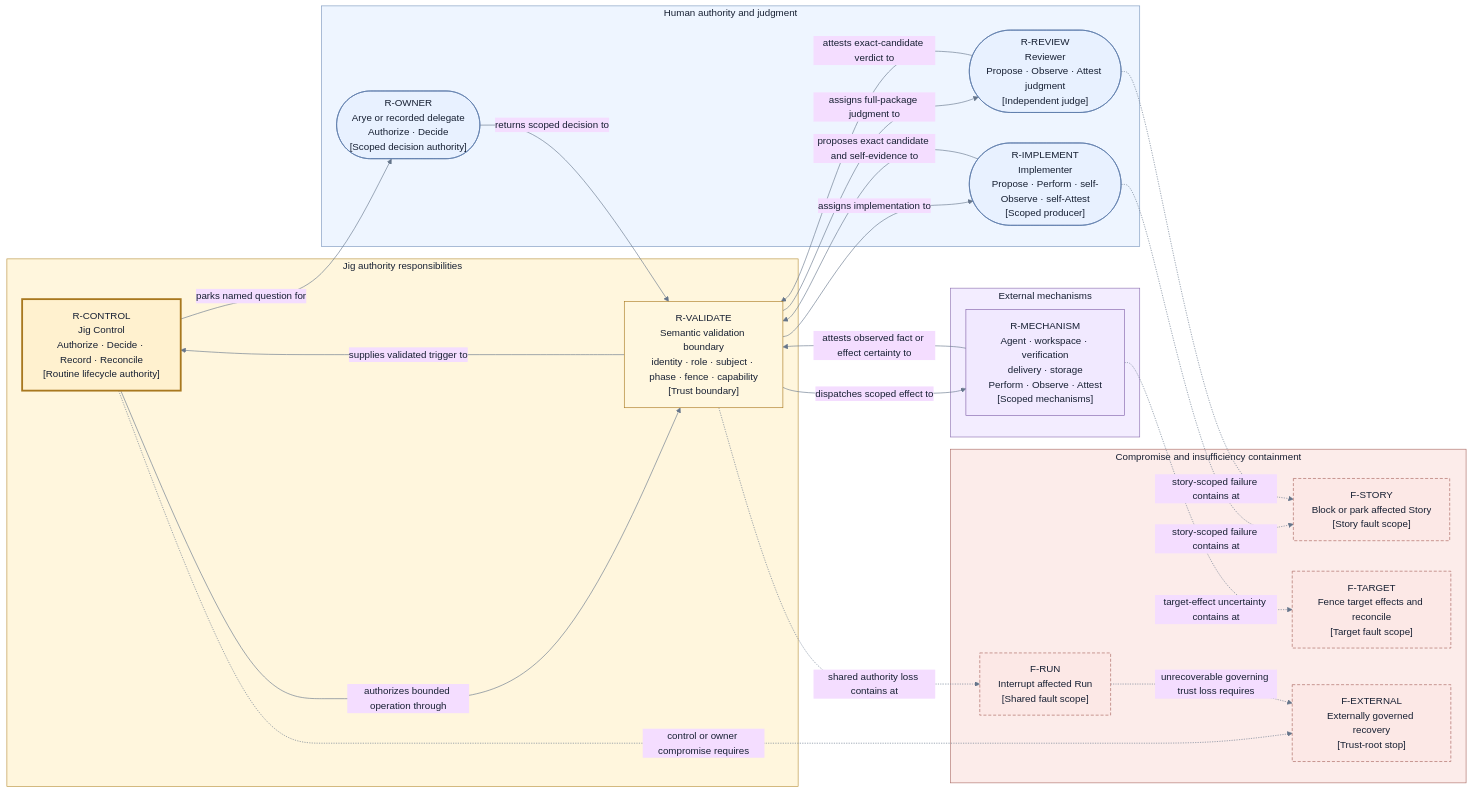
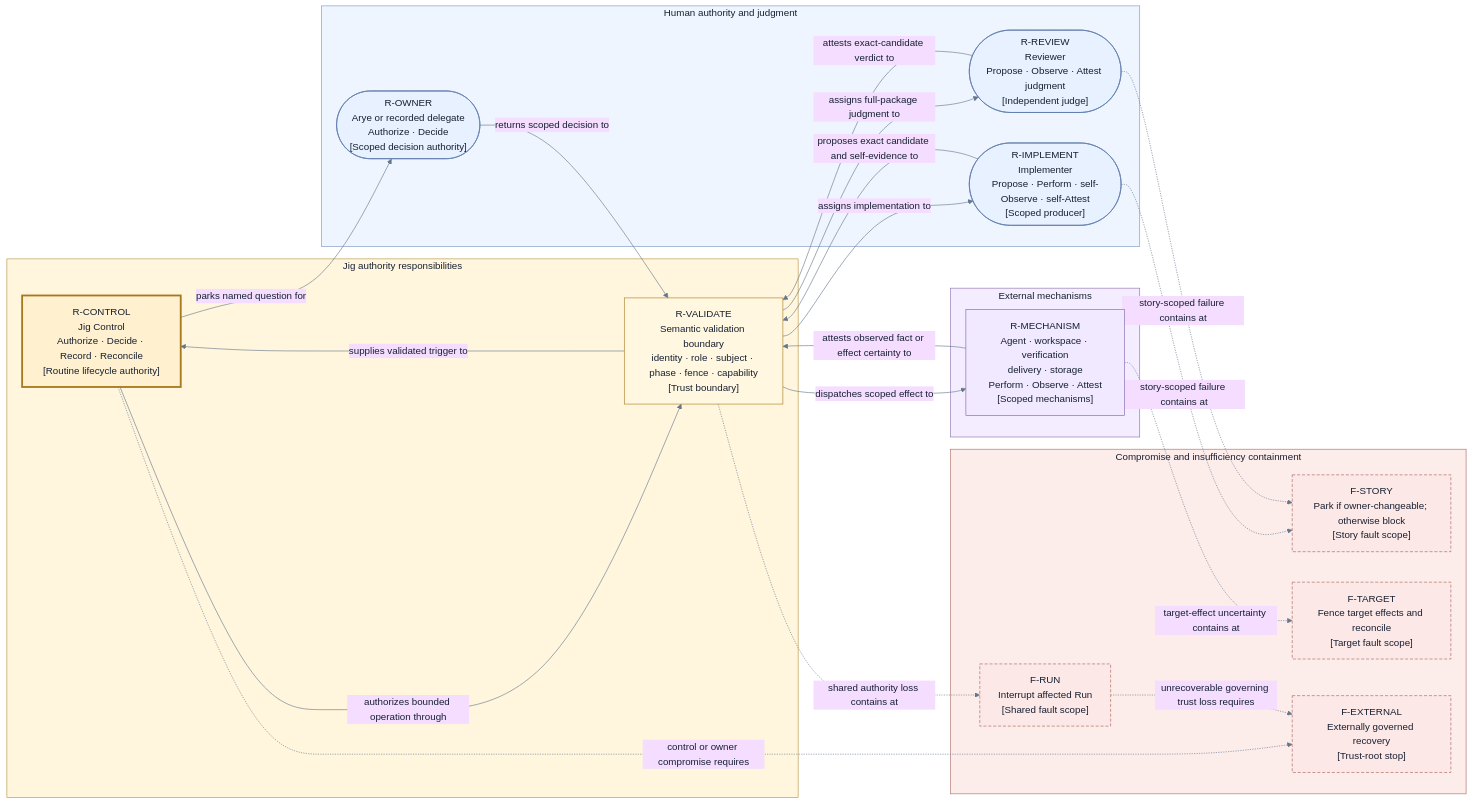
Before and after one commit to agentic-workflow-kit/jig: the diagram in docs/redesign/design/perspectives/authority-and-trust.md, drawn with Mermaid. The commit also changed other lines of this file and 33 other files, not shown here.

````diff
--- a/docs/redesign/design/perspectives/authority-and-trust.md
+++ b/docs/redesign/design/perspectives/authority-and-trust.md
@@ -111,58 +113,58 @@
 ```mermaid
 %%{init: {"theme": "base", "themeVariables": {"fontFamily": "Inter, ui-sans-serif, system-ui", "primaryTextColor": "#172033", "lineColor": "#65758b"}}}%%
 flowchart LR
     subgraph Authority["Jig authority responsibilities"]
         Control["R-CONTROL<br/>Jig Control<br/>Authorize · Decide · Record · Reconcile<br/>[Routine lifecycle authority]"]
         Validate["R-VALIDATE<br/>Semantic validation boundary<br/>identity · role · subject · phase · fence · capability<br/>[Trust boundary]"]
     end
 
     subgraph Human["Human authority and judgment"]
         Owner(["R-OWNER<br/>Arye or recorded delegate<br/>Authorize · Decide<br/>[Scoped decision authority]"])
         Implement(["R-IMPLEMENT<br/>Implementer<br/>Propose · Perform · self-Observe · self-Attest<br/>[Scoped producer]"])
         Review(["R-REVIEW<br/>Reviewer<br/>Propose · Observe · Attest judgment<br/>[Independent judge]"])
     end
 
     subgraph Mechanisms["External mechanisms"]
         Mechanism["R-MECHANISM<br/>Agent · workspace · verification<br/>delivery · storage<br/>Perform · Observe · Attest<br/>[Scoped mechanisms]"]
     end
 
     subgraph Containment["Compromise and insufficiency containment"]
-        Story["F-STORY<br/>Block or park affected Story<br/>[Story fault scope]"]
+        Story["F-STORY<br/>Park if owner-changeable; otherwise block<br/>[Story fault scope]"]
         Target["F-TARGET<br/>Fence target effects and reconcile<br/>[Target fault scope]"]
         Run["F-RUN<br/>Interrupt affected Run<br/>[Shared fault scope]"]
         External["F-EXTERNAL<br/>Externally governed recovery<br/>[Trust-root stop]"]
     end
 
     Control -->|"authorizes bounded operation through"| Validate
     Validate -->|"assigns implementation to"| Implement
     Implement -->|"proposes exact candidate and self-evidence to"| Validate
     Validate -->|"assigns full-package judgment to"| Review
     Review -->|"attests exact-candidate verdict to"| Validate
     Validate -->|"dispatches scoped effect to"| Mechanism
     Mechanism -->|"attests observed fact or effect certainty to"| Validate
     Control -->|"parks named question for"| Owner
     Owner -->|"returns scoped decision to"| Validate
     Validate -->|"supplies validated trigger to"| Control
 
     Implement -.->|"story-scoped failure contains at"| Story
     Review -.->|"story-scoped failure contains at"| Story
     Mechanism -.->|"target-effect uncertainty contains at"| Target
     Validate -.->|"shared authority loss contains at"| Run
     Control -.->|"control or owner compromise requires"| External
     Run -.->|"unrecoverable governing trust loss requires"| External
 
     style Authority fill:#fff6dd,stroke:#b8903a,color:#172033
     style Human fill:#eef5ff,stroke:#7a96bd,color:#172033
     style Mechanisms fill:#f3edff,stroke:#8a6eb0,color:#172033
     style Containment fill:#fcecea,stroke:#aa6b64,color:#172033
     classDef authority fill:#fff1cf,stroke:#a8781f,stroke-width:3px,color:#172033
     classDef trust fill:#fff7df,stroke:#a8781f,color:#172033
     classDef person fill:#e8f1ff,stroke:#5a78a8,color:#172033
     classDef mechanism fill:#f1e9ff,stroke:#8061a8,color:#172033
     classDef fault fill:#fce8e6,stroke:#a7615b,stroke-dasharray:5 3,color:#172033
     class Control authority
     class Validate trust
     class Owner,Implement,Review person
     class Mechanism mechanism
     class Story,Target,Run,External fault
 ```
````
